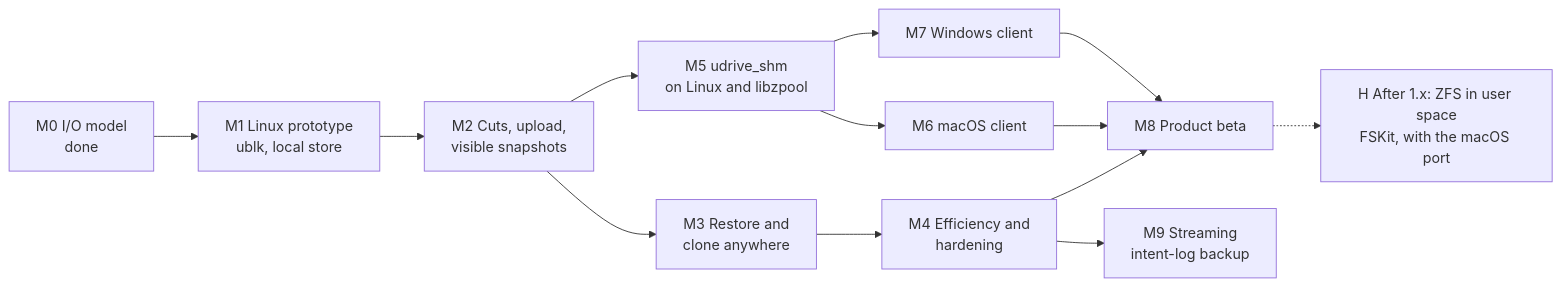
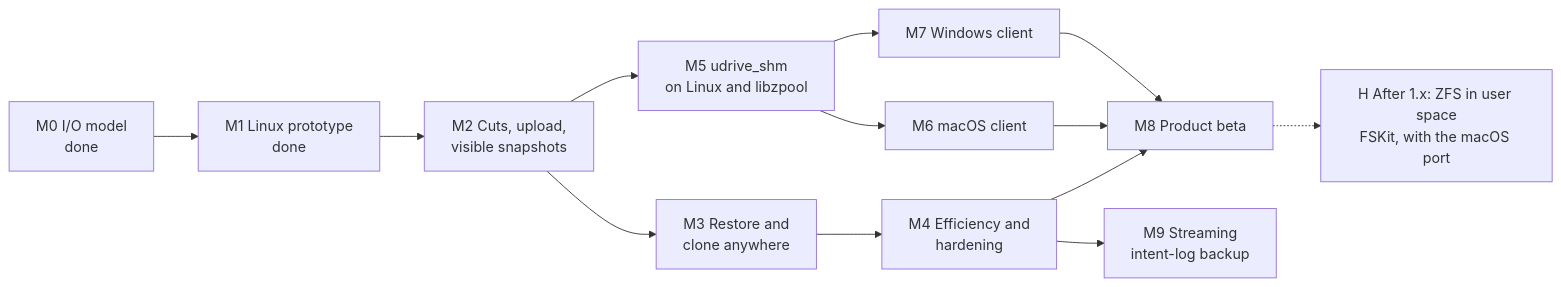
One commit to skyzfs/skyzfs changed the fifth of 5 diagrams in docs/skyzfs-design.md. Above: the diagram before and after it, drawn with Mermaid. The commit also changed other lines of this file and 1 other file, not shown here.

````diff
--- a/docs/skyzfs-design.md
+++ b/docs/skyzfs-design.md
@@ -451,15 +451,15 @@
 ```mermaid
 flowchart LR
-  M0["M0 I/O model<br/>done"] --> M1["M1 Linux prototype<br/>ublk, local store"]
+  M0["M0 I/O model<br/>done"] --> M1["M1 Linux prototype<br/>done"]
   M1 --> M2["M2 Cuts, upload,<br/>visible snapshots"]
   M2 --> M3["M3 Restore and<br/>clone anywhere"]
   M3 --> M4["M4 Efficiency and<br/>hardening"]
   M2 --> M5["M5 udrive_shm<br/>on Linux and libzpool"]
   M5 --> M6["M6 macOS client"]
   M5 --> M7["M7 Windows client"]
   M4 --> M8["M8 Product beta"]
   M4 --> M9["M9 Streaming<br/>intent-log backup"]
   M6 --> M8
   M7 --> M8
   M8 -.-> H["H After 1.x: ZFS in user space<br/>FSKit, with the macOS port"]
 ```
````
